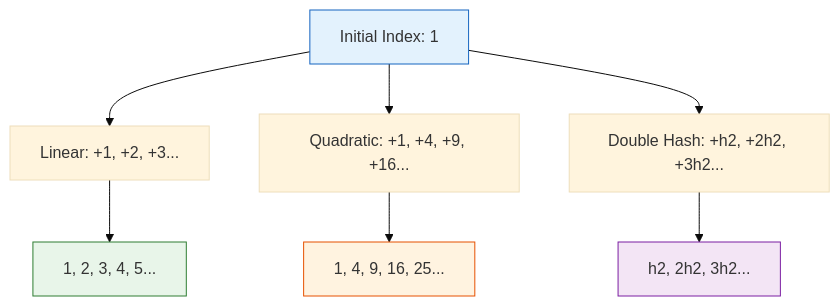
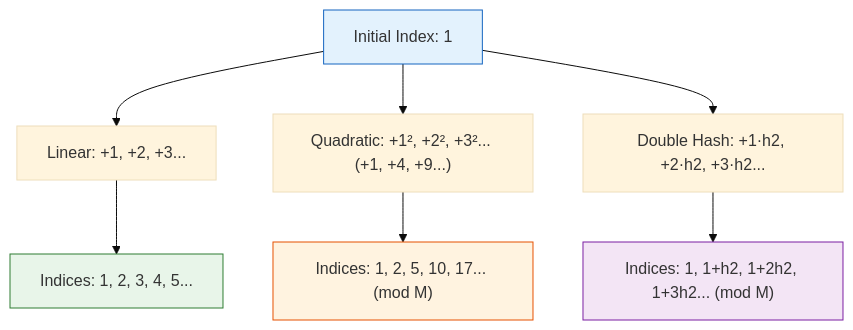
Before and after one commit to imyash0722/SEM3-DSA-UE25CS52A-STUDY-MATERIAL: the tenth of 11 diagrams in site/docs/unit4/theory/unit4_02_collision_resolution.md, drawn with Mermaid (base theme). The commit also changed other lines of this file and 113 other files, not shown here.

Commit message:
Fix Mermaid diagram syntax, dark mode readability, algorithmic visualizations, and update site build

````diff
--- a/site/docs/unit4/theory/unit4_02_collision_resolution.md
+++ b/site/docs/unit4/theory/unit4_02_collision_resolution.md
@@ -387,15 +392,15 @@
 ```mermaid
 graph TD
-    Start[Initial Index: 1] --> LP[Linear: +1, +2, +3...]
-    Start --> QP[Quadratic: +1, +4, +9, +16...]
-    Start --> DH[Double Hash: +h2, +2h2, +3h2...]
+    Start["Initial Index: 1"] --> LP["Linear: +1, +2, +3..."]
+    Start --> QP["Quadratic: +1², +2², +3²... (+1, +4, +9...)"]
+    Start --> DH["Double Hash: +1·h2, +2·h2, +3·h2..."]
     
-    LP --> LPSeq[1, 2, 3, 4, 5...]
-    QP --> QPSeq[1, 4, 9, 16, 25...]
-    DH --> DHSeq[h2, 2h2, 3h2...]
+    LP --> LPSeq["Indices: 1, 2, 3, 4, 5..."]
+    QP --> QPSeq["Indices: 1, 2, 5, 10, 17... (mod M)"]
+    DH --> DHSeq["Indices: 1, 1+h2, 1+2h2, 1+3h2... (mod M)"]
     
     style Start fill:#e3f2fd,stroke:#1565c0
     style LPSeq fill:#e8f5e9,stroke:#2e7d32
     style QPSeq fill:#fff3e0,stroke:#e65100
     style DHSeq fill:#f3e5f5,stroke:#7b1fa2
 ```
````
